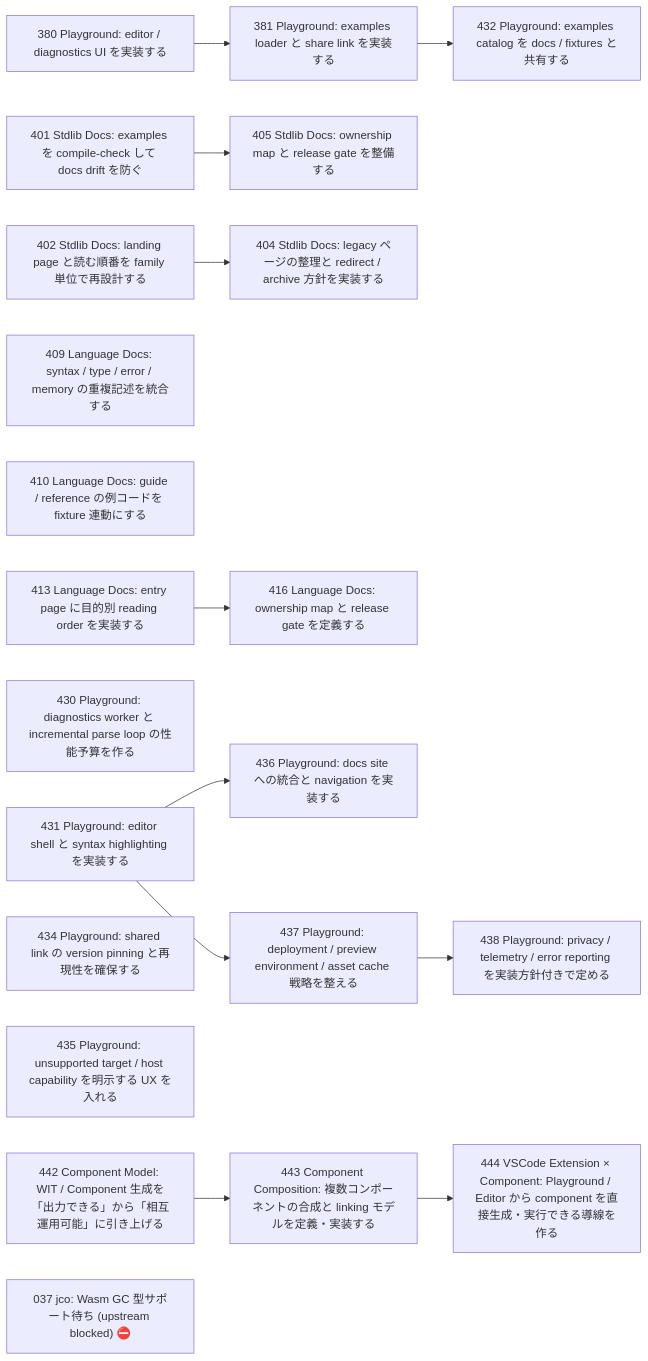
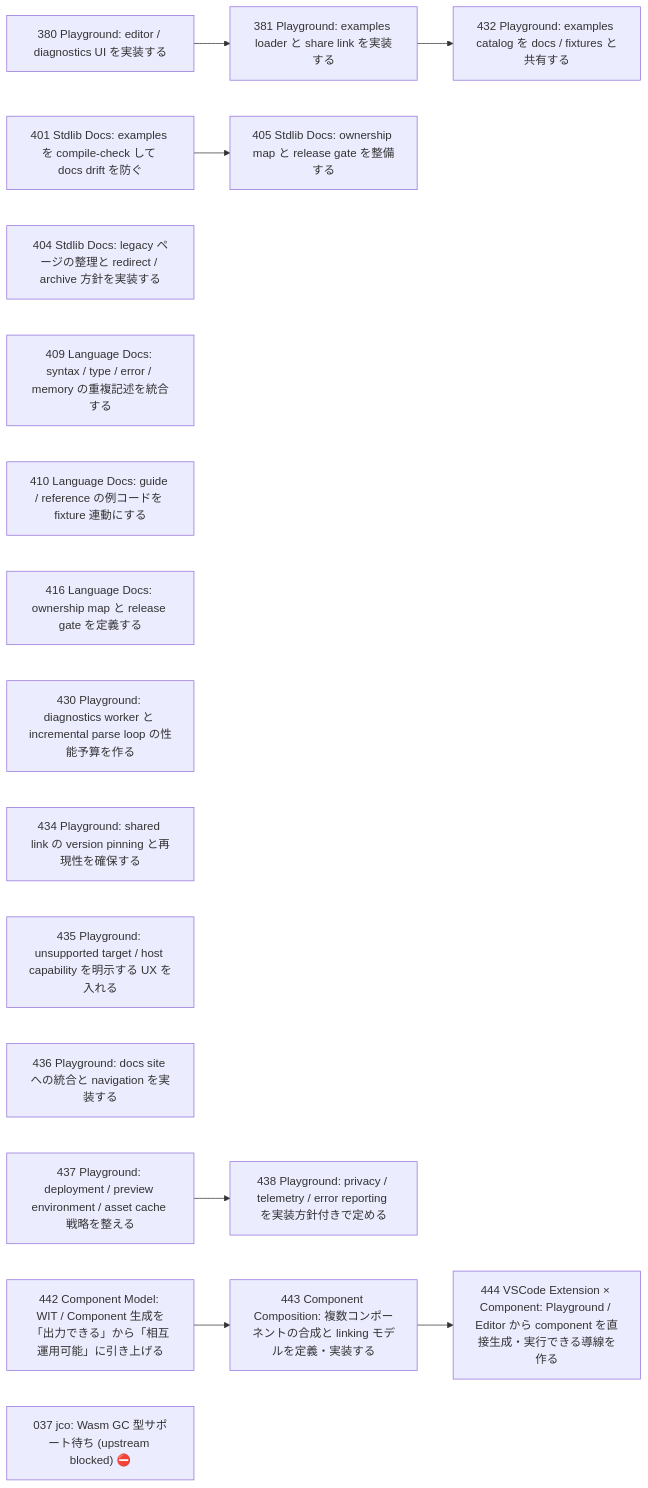
One commit to wogikaze/arukellt changed the diagram in issues/open/dependency-graph.md. Above: the diagram before and after it, drawn with Mermaid. The commit also changed other lines of this file and 4 other files, not shown here.

````diff
--- a/issues/open/dependency-graph.md
+++ b/issues/open/dependency-graph.md
@@ -7,35 +7,28 @@
 ```mermaid
 graph LR
   I380["380 Playground: editor / diagnostics UI を実装する"]
   I401["401 Stdlib Docs: examples を compile-check して docs drift を防ぐ"]
-  I402["402 Stdlib Docs: landing page と読む順番を family 単位で再設計する"]
+  I404["404 Stdlib Docs: legacy ページの整理と redirect / archive 方針を実装する"]
   I409["409 Language Docs: syntax / type / error / memory の重複記述を統合する"]
   I410["410 Language Docs: guide / reference の例コードを fixture 連動にする"]
-  I413["413 Language Docs: entry page に目的別 reading order を実装する"]
+  I416["416 Language Docs: ownership map と release gate を定義する"]
   I430["430 Playground: diagnostics worker と incremental parse loop の性能予算を作る"]
-  I431["431 Playground: editor shell と syntax highlighting を実装する"]
   I434["434 Playground: shared link の version pinning と再現性を確保する"]
   I435["435 Playground: unsupported target / host capability を明示する UX を入れる"]
+  I436["436 Playground: docs site への統合と navigation を実装する"]
+  I437["437 Playground: deployment / preview environment / asset cache 戦略を整える"]
   I442["442 Component Model: WIT / Component 生成を「出力できる」から「相互運用可能」に引き上げる"]
   I381["381 Playground: examples loader と share link を実装する"]
   I405["405 Stdlib Docs: ownership map と release gate を整備する"]
-  I404["404 Stdlib Docs: legacy ページの整理と redirect / archive 方針を実装する"]
-  I416["416 Language Docs: ownership map と release gate を定義する"]
-  I436["436 Playground: docs site への統合と navigation を実装する"]
-  I437["437 Playground: deployment / preview environment / asset cache 戦略を整える"]
+  I438["438 Playground: privacy / telemetry / error reporting を実装方針付きで定める"]
   I443["443 Component Composition: 複数コンポーネントの合成と linking モデルを定義・実装する"]
   I432["432 Playground: examples catalog を docs / fixtures と共有する"]
-  I438["438 Playground: privacy / telemetry / error reporting を実装方針付きで定める"]
   I444["444 VSCode Extension × Component: Playground / Editor から component を直接生成・実行できる導線を作る"]
   I037["037 jco: Wasm GC 型サポート待ち (upstream blocked) ⛔"]
   I380 --> I381
   I401 --> I405
-  I402 --> I404
-  I413 --> I416
-  I431 --> I436
-  I431 --> I437
+  I437 --> I438
   I442 --> I443
   I381 --> I432
-  I437 --> I438
   I443 --> I444
 ```
````
